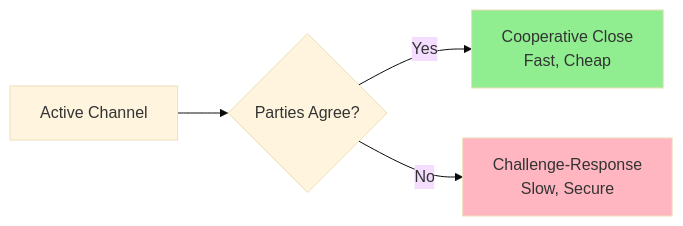
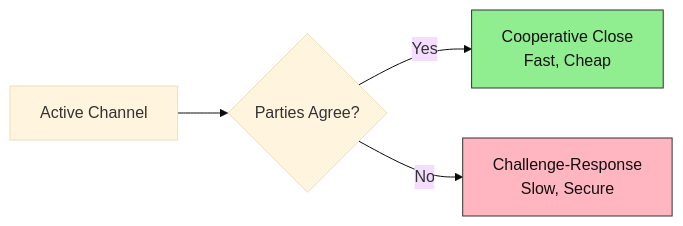
The third of 4 diagrams in docs/protocol/architecture.mdx (layer-3/docs), drawn with Mermaid (base theme) before and after one commit. The commit also changed other lines of this file and 15 other files, not shown here.

````diff
--- a/docs/protocol/architecture.mdx
+++ b/docs/protocol/architecture.mdx
@@ -105,9 +125,9 @@
 ```mermaid
 graph LR
     A[Active Channel] --> B{Parties Agree?}
     B -->|Yes| C[Cooperative Close<br/>Fast, Cheap]
     B -->|No| D[Challenge-Response<br/>Slow, Secure]
     
-    style C fill:#90EE90
-    style D fill:#FFB6C1
+    style C fill:#90EE90,stroke:#333,color:#111
+    style D fill:#FFB6C1,stroke:#333,color:#111
 ```
````
